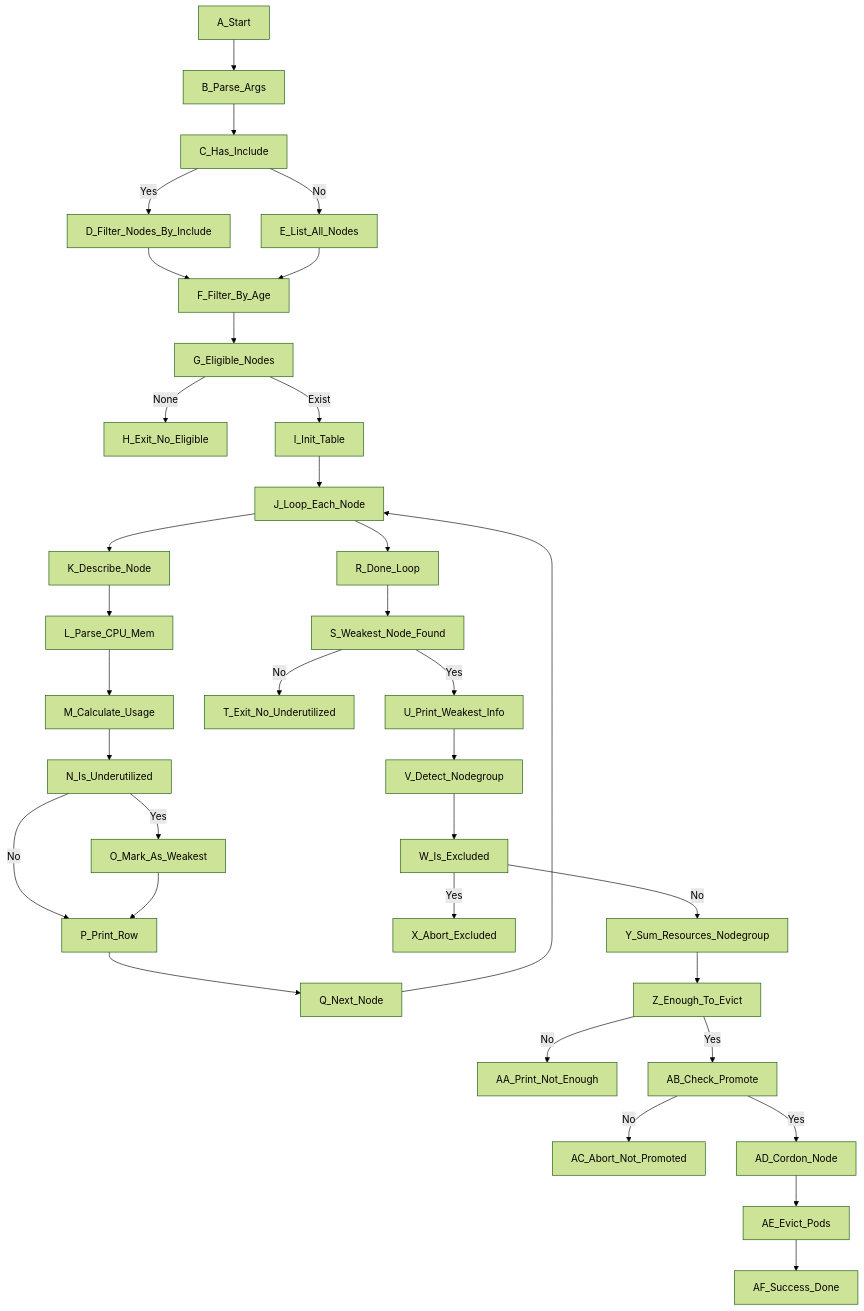
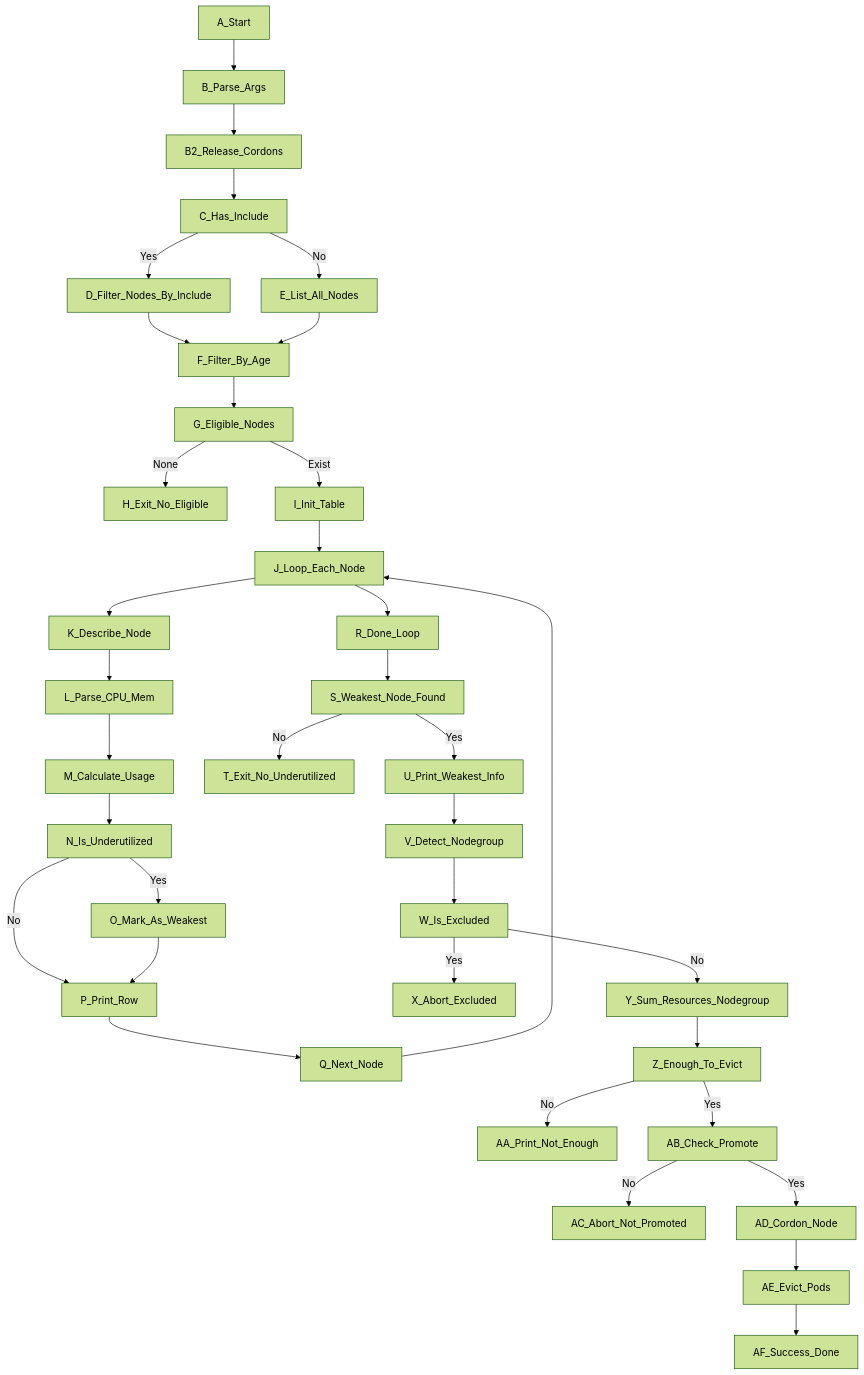
The diagram in resources/check-ultilized.md (bachmt28/k8s-ops), drawn with Mermaid (forest theme) before and after one commit. The commit also changed other lines of this file and 38 other files, not shown here.

````diff
--- a/resources/check-ultilized.md
+++ b/resources/check-ultilized.md
@@ -155,46 +155,47 @@
 ```mermaid
 flowchart TD
     A_Start --> B_Parse_Args
-    B_Parse_Args --> C_Has_Include
+    B_Parse_Args --> B2_Release_Cordons
+    B2_Release_Cordons --> C_Has_Include
     C_Has_Include -- Yes --> D_Filter_Nodes_By_Include
     C_Has_Include -- No --> E_List_All_Nodes
     D_Filter_Nodes_By_Include --> F_Filter_By_Age
     E_List_All_Nodes --> F_Filter_By_Age
 
     F_Filter_By_Age --> G_Eligible_Nodes
     G_Eligible_Nodes -- None --> H_Exit_No_Eligible
     G_Eligible_Nodes -- Exist --> I_Init_Table
 
     I_Init_Table --> J_Loop_Each_Node
     J_Loop_Each_Node --> K_Describe_Node
     K_Describe_Node --> L_Parse_CPU_Mem
     L_Parse_CPU_Mem --> M_Calculate_Usage
     M_Calculate_Usage --> N_Is_Underutilized
 
     N_Is_Underutilized -- Yes --> O_Mark_As_Weakest
     N_Is_Underutilized -- No --> P_Print_Row
     O_Mark_As_Weakest --> P_Print_Row
     P_Print_Row --> Q_Next_Node
     Q_Next_Node --> J_Loop_Each_Node
 
     J_Loop_Each_Node --> R_Done_Loop
     R_Done_Loop --> S_Weakest_Node_Found
     S_Weakest_Node_Found -- No --> T_Exit_No_Underutilized
     S_Weakest_Node_Found -- Yes --> U_Print_Weakest_Info
 
     U_Print_Weakest_Info --> V_Detect_Nodegroup
     V_Detect_Nodegroup --> W_Is_Excluded
     W_Is_Excluded -- Yes --> X_Abort_Excluded
     W_Is_Excluded -- No --> Y_Sum_Resources_Nodegroup
 
     Y_Sum_Resources_Nodegroup --> Z_Enough_To_Evict
     Z_Enough_To_Evict -- No --> AA_Print_Not_Enough
     Z_Enough_To_Evict -- Yes --> AB_Check_Promote
 
     AB_Check_Promote -- No --> AC_Abort_Not_Promoted
     AB_Check_Promote -- Yes --> AD_Cordon_Node
     AD_Cordon_Node --> AE_Evict_Pods
     AE_Evict_Pods --> AF_Success_Done
 
 
 ```
````
